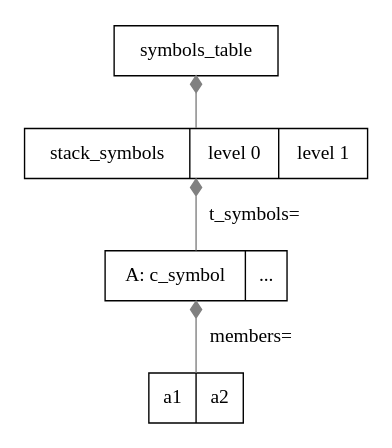
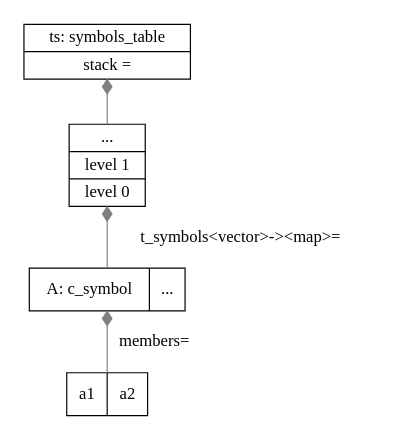
Before and after one commit to fructu/abidos_cpp_doc: the diagram in programmer_manual/chapter_mangling/object_diagram_01.dot, drawn with Graphviz. The commit also changed 5 other files, not shown here.

```diff
--- a/programmer_manual/chapter_mangling/object_diagram_01.dot
+++ b/programmer_manual/chapter_mangling/object_diagram_01.dot
@@ -1,17 +1,17 @@
 digraph stack_01 {
 //	rankdir=LR;
 	size="2,3!";
 
 	node [shape = record];
 
-  ts [label="symbols_table"];
+  ts [label="{ts: symbols_table | <ts_stack>stack = }"];
 
-  stack [label="stack_symbols| level 0 | level 1"];
+  stack_value [label="{... | level 1 | <stack_level_0> level 0 }"];
   t_symbols [label="A: c_symbol|..."];
 
   A [label="a1|a2"];
 
-  ts->stack        [label=""  , dir = "back", color = "gray", arrowtail = "diamond"];
-  stack->t_symbols [label="t_symbols=" , dir = "back", color = "gray", arrowtail = "diamond"];
-  t_symbols->A     [label="members="   , dir = "back", color = "gray", arrowtail = "diamond"];
+  ts:ts_stack->stack_value [label=""  , dir = "back", color = "gray", arrowtail = "diamond"];
+  stack_value:stack_level_0->t_symbols [label="t_symbols\<vector\>-\>\<map\>=" , dir = "back", color = "gray", arrowtail = "diamond"];
+  t_symbols->A [label="members="   , dir = "back", color = "gray", arrowtail = "diamond"];
 }
```
